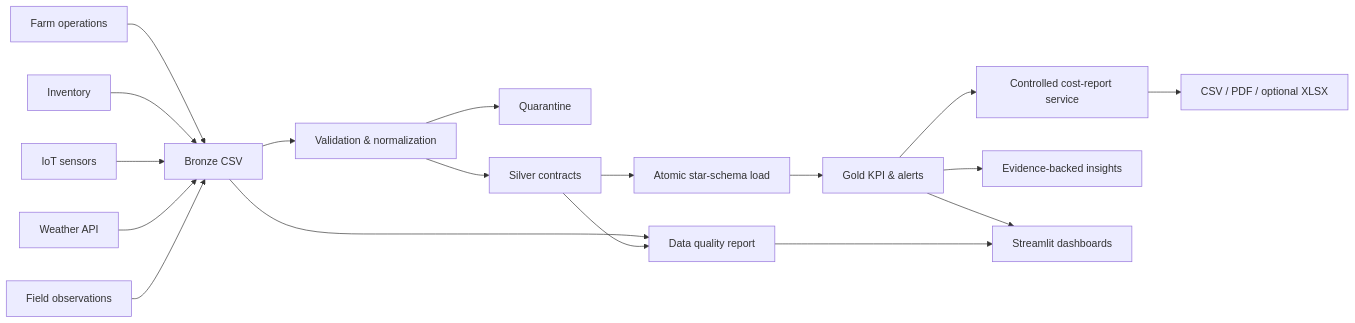
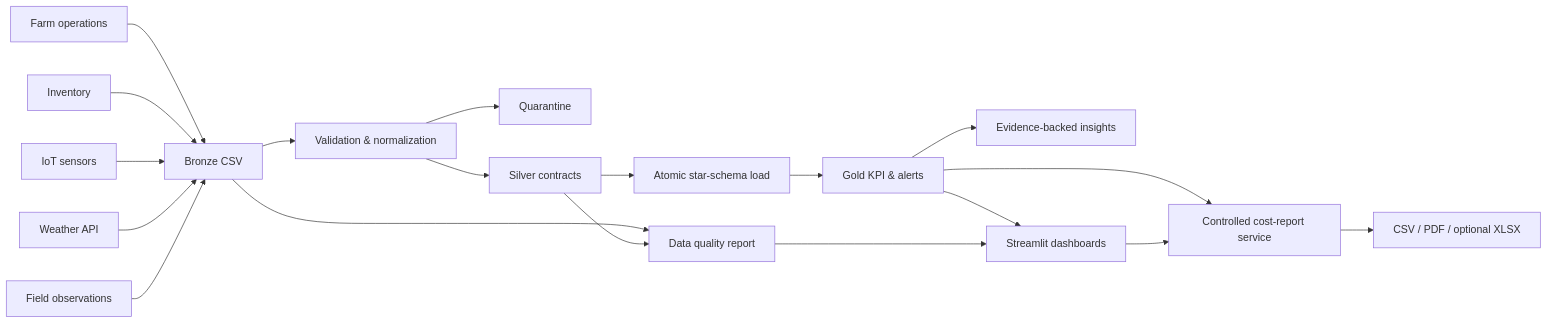
The diagram in docs/architecture.md (JasonTM17/AgriInsight), drawn with Mermaid before and after one commit. The commit also changed other lines of this file and 5 other files, not shown here.

````diff
--- a/docs/architecture.md
+++ b/docs/architecture.md
@@ -11,20 +11,21 @@
 ```mermaid
 flowchart LR
     S1["Farm operations"] --> B["Bronze CSV"]
     S2["Inventory"] --> B
     S3["IoT sensors"] --> B
     S4["Weather API"] --> B
     S5["Field observations"] --> B
     B --> V["Validation & normalization"]
     V --> Q["Quarantine"]
     V --> SI["Silver contracts"]
     B --> DQ["Data quality report"]
     SI --> DQ
     SI --> W["Atomic star-schema load"]
     W --> G["Gold KPI & alerts"]
     G --> R["Controlled cost-report service"]
     R --> E["CSV / PDF / optional XLSX"]
     G --> I["Evidence-backed insights"]
     G --> UI["Streamlit dashboards"]
+    UI --> R
     DQ --> UI
 ```
````
